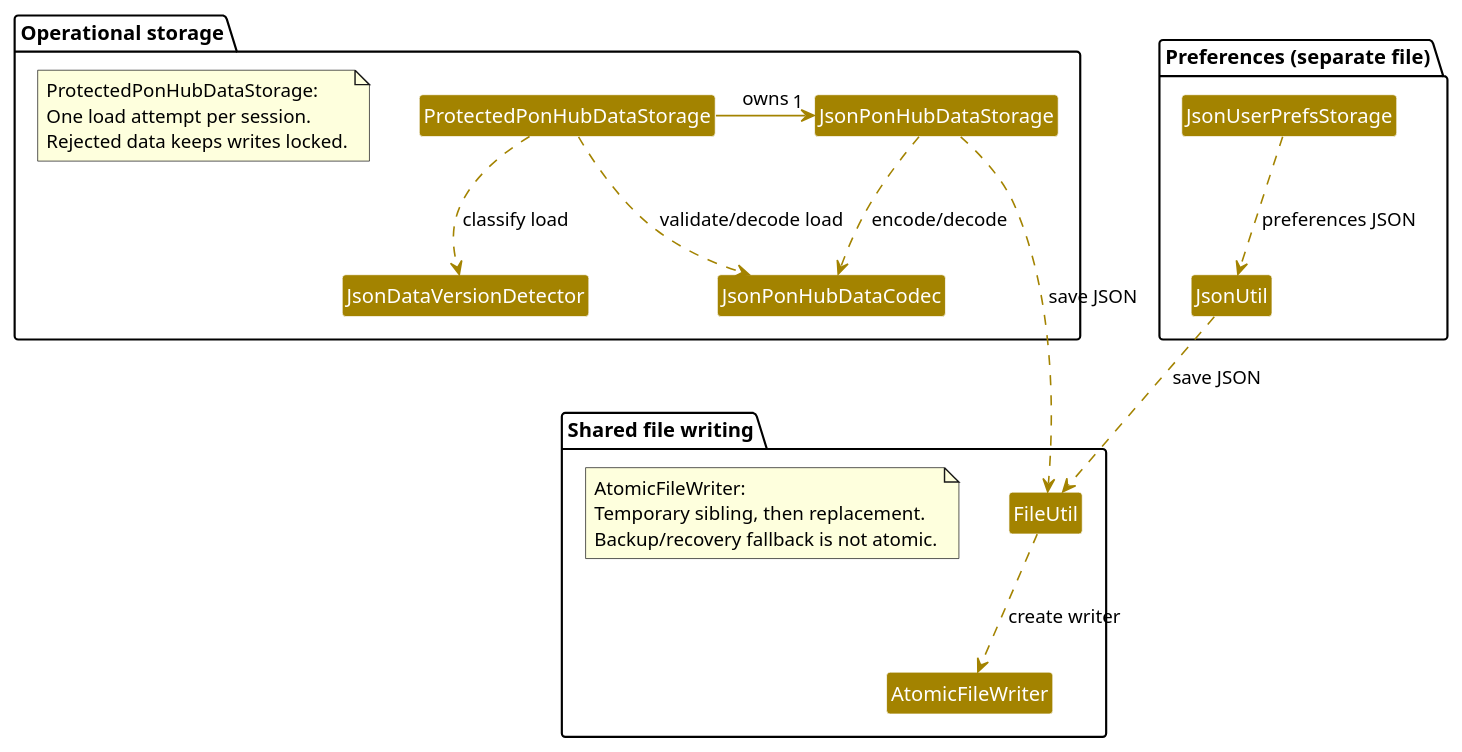
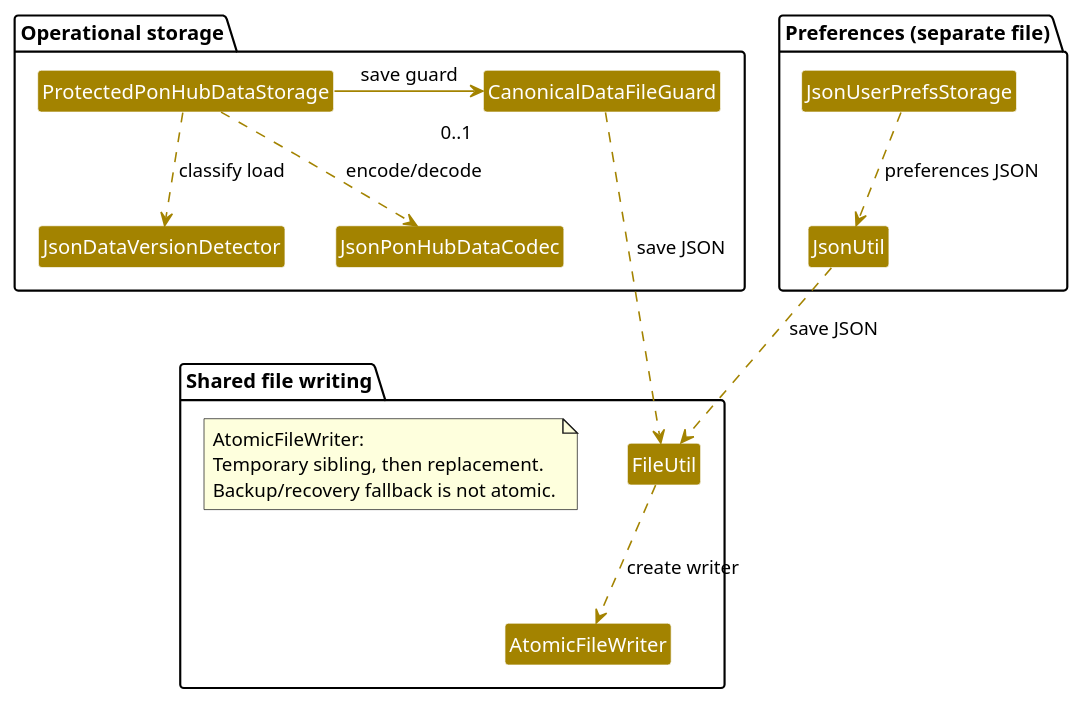
One commit to AY2627S1-CS2103T-F13-3/tp changed the diagram in docs/diagrams/CanonicalStorageClassDiagram.puml. Above: the diagram before and after it, drawn with PlantUML. The commit also changed 2 other files, not shown here.

Commit message:
Align storage diagram and manual save checks
Show the protected session's held CanonicalDataFileGuard and its active
save dependency instead of the standalone JsonPonHubDataStorage helper.
Explain the optional guard lifecycle and regenerate the matching diagram
with its reference count and dependency labels clear at guide width.

Add a reproducible two-window manual procedure covering stale rejection,
unchanged file hashes and live views, restart, and subsequent ID reuse.
Preserve the existing guide anchors and separate actual test evidence
from reusable testing instructions.

```diff
--- a/docs/diagrams/CanonicalStorageClassDiagram.puml
+++ b/docs/diagrams/CanonicalStorageClassDiagram.puml
@@ -1,52 +1,46 @@
 @startuml
 skinparam arrowThickness 1.1
 ' Match the storage palette in style.puml without unrelated sequence-diagram settings.
 skinparam arrowColor #A38300
 skinparam classBackgroundColor #A38300
 skinparam classFontColor #FFFFFF
 skinparam classFontName Arial
 skinparam classBorderColor #FFFFFF
 skinparam packageBackgroundColor #FFFFFF
 hide empty members
 hide circle
 top to bottom direction
 
 package "Operational storage" {
     class ProtectedPonHubDataStorage
     class JsonDataVersionDetector
     class JsonPonHubDataCodec
-    class JsonPonHubDataStorage
-    note as LoadProtection
-      ProtectedPonHubDataStorage:
-      One load attempt per session.
-      Rejected data keeps writes locked.
-    end note
+    class CanonicalDataFileGuard
 }
 
 package "Preferences (separate file)" {
     class JsonUserPrefsStorage
     class JsonUtil
 }
 
 package "Shared file writing" {
     class FileUtil
     class AtomicFileWriter
     note as SaveFallback
       AtomicFileWriter:
       Temporary sibling, then replacement.
       Backup/recovery fallback is not atomic.
     end note
 }
 
 ' The label-only line break separates the multiplicity from the horizontal arrowhead.
-ProtectedPonHubDataStorage -right-> "\n1" JsonPonHubDataStorage : owns
+ProtectedPonHubDataStorage -right-> "\n0..1" CanonicalDataFileGuard : save guard
 ProtectedPonHubDataStorage ..> JsonDataVersionDetector : classify load
-ProtectedPonHubDataStorage ..> JsonPonHubDataCodec : validate/decode load
-JsonPonHubDataStorage ..> JsonPonHubDataCodec : encode/decode
-JsonPonHubDataStorage ..> FileUtil : save JSON
+ProtectedPonHubDataStorage ..> JsonPonHubDataCodec : encode/decode
+CanonicalDataFileGuard ..> FileUtil : save JSON
 JsonUserPrefsStorage ..> JsonUtil : preferences JSON
 JsonUtil ..> FileUtil : save JSON
 FileUtil ..> AtomicFileWriter : create writer
 JsonPonHubDataCodec -[hidden]down-> FileUtil
 
 @enduml
```
